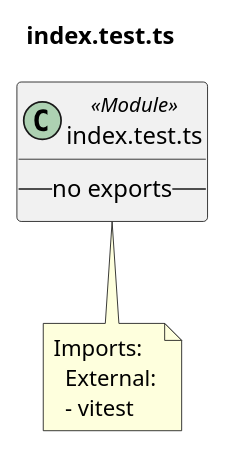
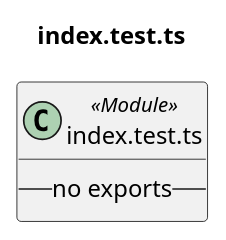
Before and after one commit to Natural-Highs/live: the diagram in docs/diagrams/src/index.test.ts.puml, drawn with PlantUML. The commit also changed 90 other files, not shown here.

Commit message:
refactor(docs): update docs/diagrams workflow for migration

```diff
--- a/docs/diagrams/src/index.test.ts.puml
+++ b/docs/diagrams/src/index.test.ts.puml
@@ -1,11 +1,6 @@
 @startuml index_test_ts
 title index.test.ts
 class "index.test.ts" as index_test_ts <<Module>> {
   -- no exports --
 }
-note bottom of index_test_ts
-  Imports:
-    External:
-    - vitest
-end note
 @enduml
```
